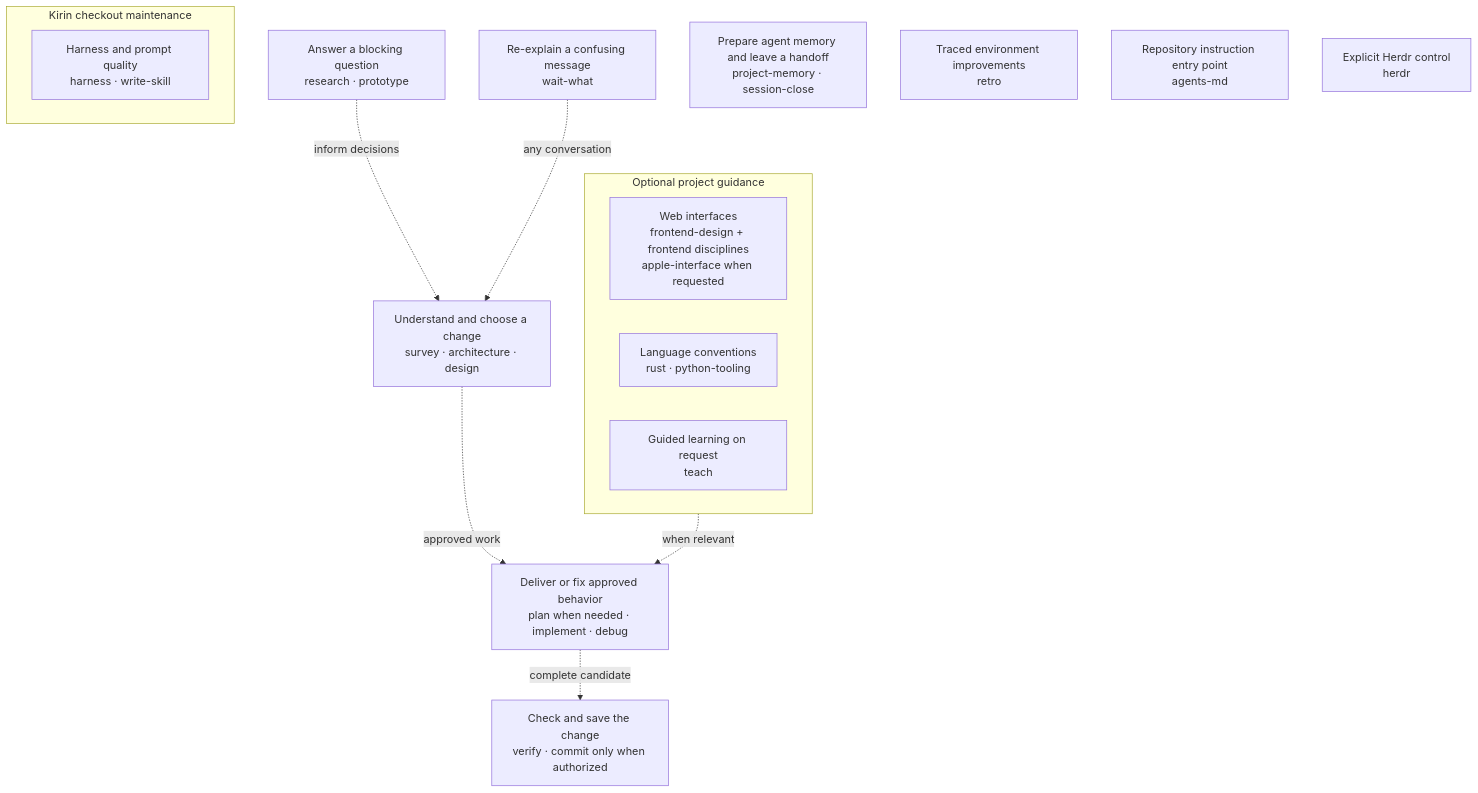
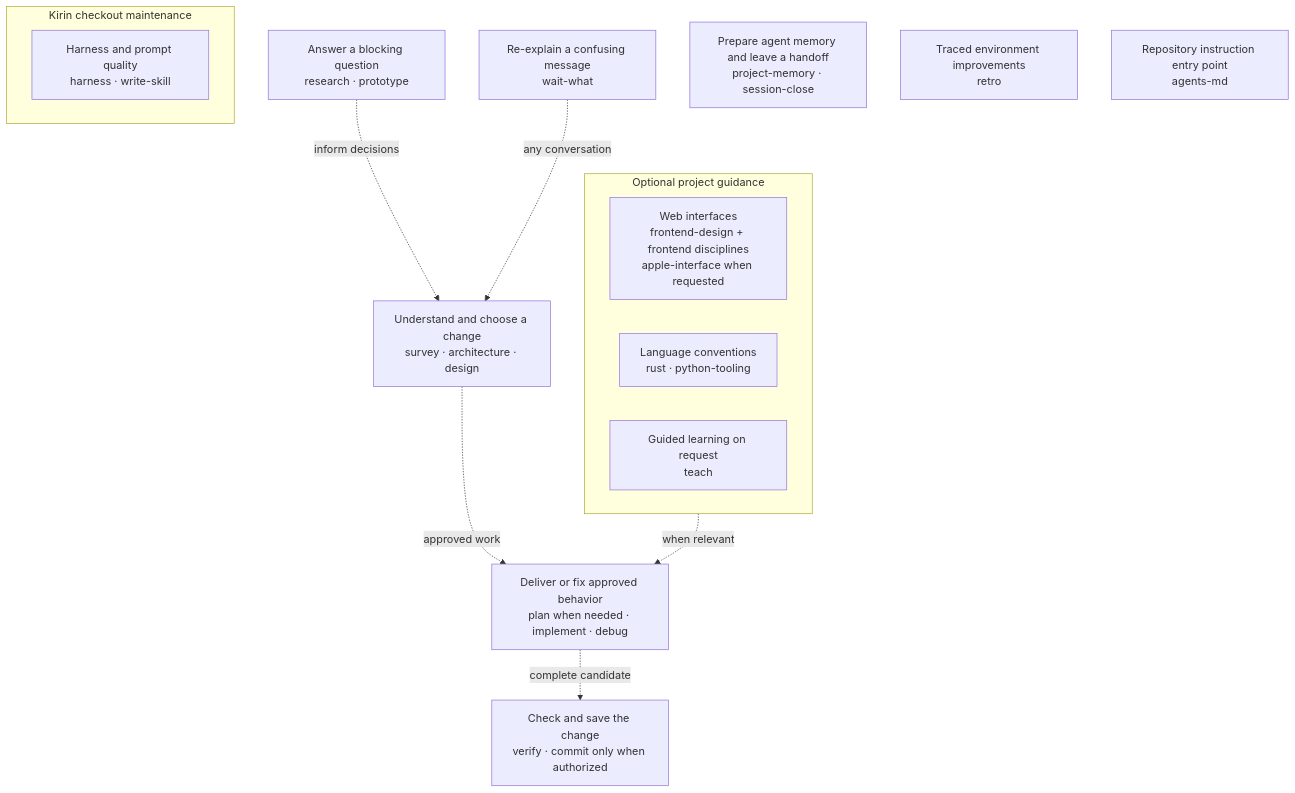
Before and after one commit to bryan824/kirin-pi: the second of 2 diagrams in README.md, drawn with Mermaid. The commit also changed other lines of this file and 11 other files, not shown here.

````diff
--- a/README.md
+++ b/README.md
@@ -64,27 +64,26 @@
 ```mermaid
 flowchart TB
   discover["Understand and choose a change<br/>survey · architecture · design"]
   evidence["Answer a blocking question<br/>research · prototype"]
   build["Deliver or fix approved behavior<br/>plan when needed · implement · debug"]
   review["Check and save the change<br/>verify · commit only when authorized"]
   clarity["Re-explain a confusing message<br/>wait-what"]
   memory["Prepare agent memory and leave a handoff<br/>project-memory · session-close"]
   retro["Traced environment improvements<br/>retro"]
   continuity["Repository instruction entry point<br/>agents-md"]
   evidence -. "inform decisions" .-> discover
   discover -. "approved work" .-> build
   build -. "complete candidate" .-> review
   clarity -. "any conversation" .-> discover
 
   subgraph domain["Optional project guidance"]
     web["Web interfaces<br/>frontend-design + frontend disciplines<br/>apple-interface when requested"]
     language["Language conventions<br/>rust · python-tooling"]
     learning["Guided learning on request<br/>teach"]
   end
   domain -. "when relevant" .-> build
 
   subgraph maintenance["Kirin checkout maintenance"]
     shape["Harness and prompt quality<br/>harness · write-skill"]
   end
-  control["Explicit Herdr control<br/>herdr"]
 ```
````
